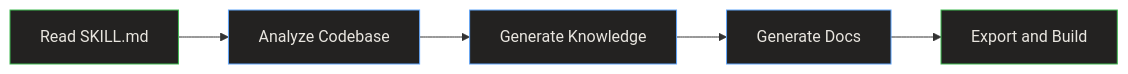
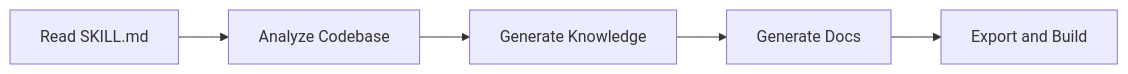
One commit to relukdev/doc-kit changed the diagram in astro-site/src/content/docs/personas/user-ai-agent.md. Above: the diagram before and after it, drawn with Mermaid. The commit also changed 48 other files, not shown here.

First line of the commit message:
fix: remove hard-coded Mermaid dark-mode colors, use native themes for light/dark

````diff
--- a/astro-site/src/content/docs/personas/user-ai-agent.md
+++ b/astro-site/src/content/docs/personas/user-ai-agent.md
@@ -55,13 +55,8 @@
 ```mermaid
 graph LR
-    style A fill:#232221,stroke:#3fb950,color:#E8E5DF
-    style B fill:#232221,stroke:#60A5FA,color:#E8E5DF
-    style C fill:#232221,stroke:#60A5FA,color:#E8E5DF
-    style D fill:#232221,stroke:#60A5FA,color:#E8E5DF
-    style E fill:#232221,stroke:#3fb950,color:#E8E5DF
 
     A["Read SKILL.md"] --> B["Analyze Codebase"]
     B --> C["Generate Knowledge"]
     C --> D["Generate Docs"]
     D --> E["Export and Build"]
 ```
````
